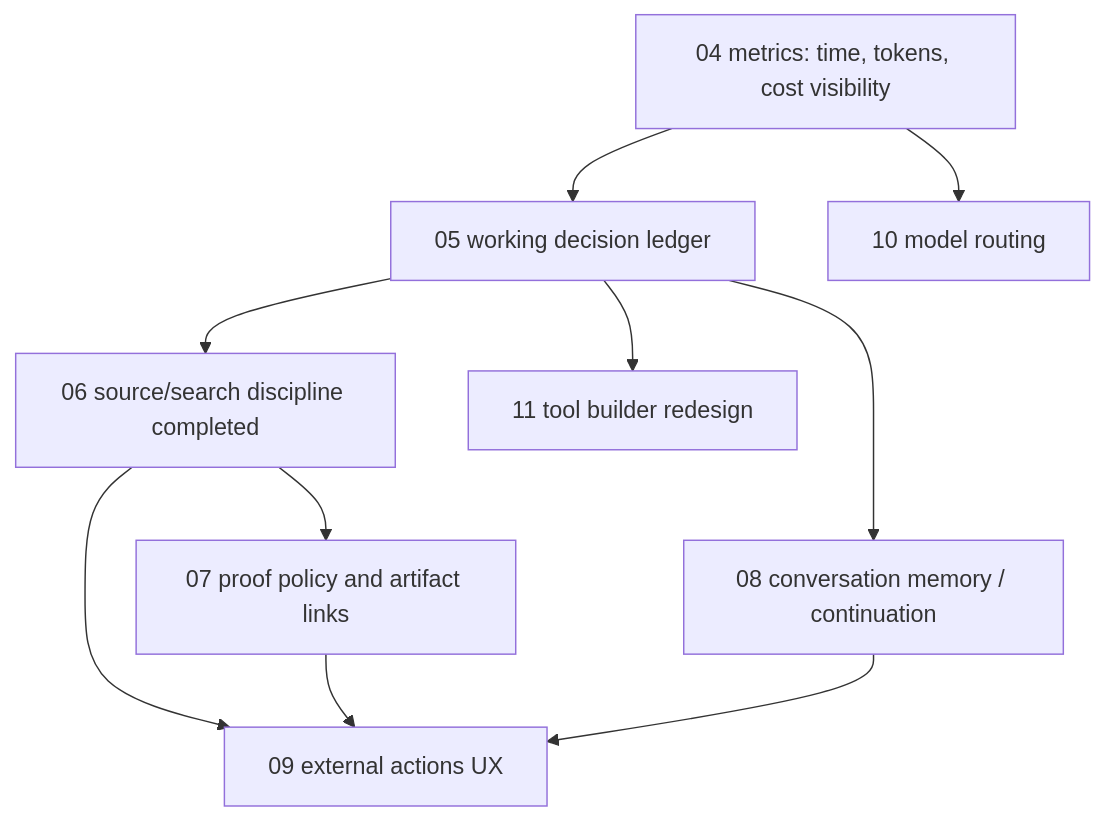
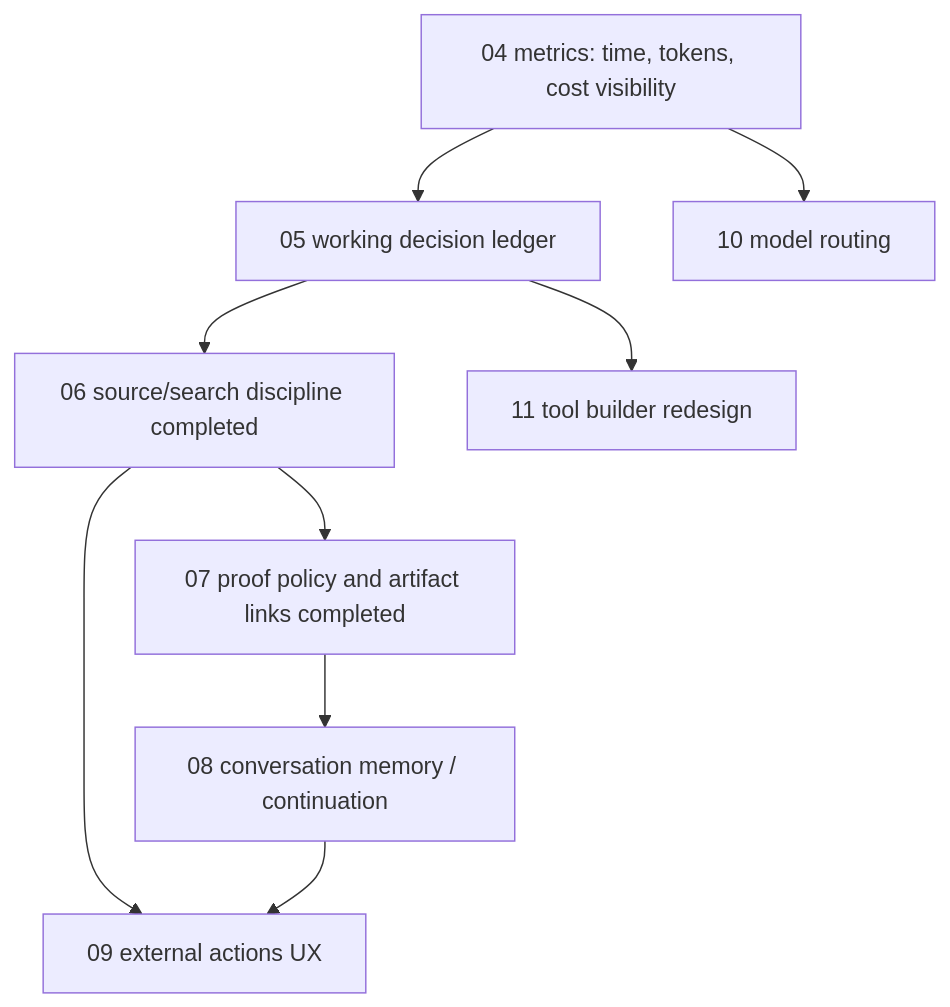
The diagram in docs/tasks/README.md (ruler47/agentic), drawn with Mermaid before and after one commit. The commit also changed other lines of this file and 20 other files, not shown here.

Commit message:
Complete proof policy and explicit API evidence routing

````diff
--- a/docs/tasks/README.md
+++ b/docs/tasks/README.md
@@ -42,12 +41,11 @@
 ```mermaid
 flowchart TD
   A["04 metrics: time, tokens, cost visibility"] --> B["05 working decision ledger"]
   B --> C["06 source/search discipline completed"]
-  C --> D["07 proof policy and artifact links"]
-  B --> E["08 conversation memory / continuation"]
+  C --> D["07 proof policy and artifact links completed"]
+  D --> E["08 conversation memory / continuation"]
   C --> F["09 external actions UX"]
-  D --> F
   E --> F
   A --> G["10 model routing"]
   B --> H["11 tool builder redesign"]
 ```
````
